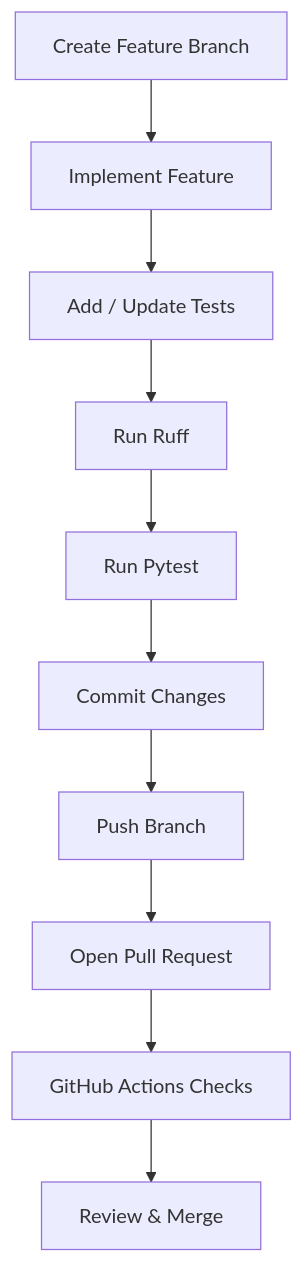
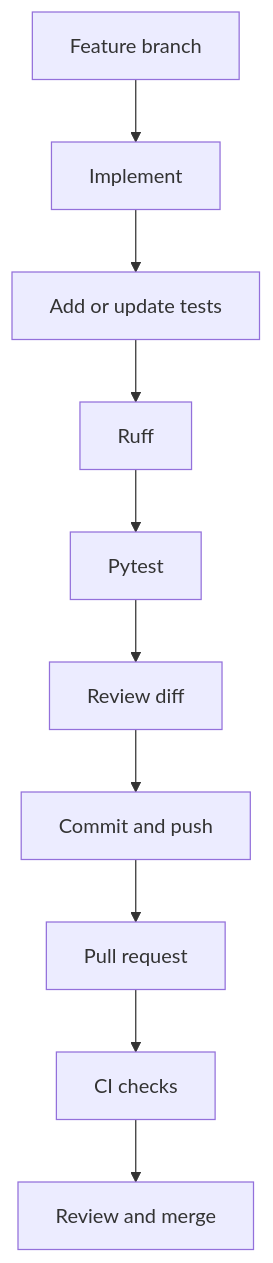
The sixth of 6 diagrams in README.md (AMAN-AJWA-FATIMA/Backend), drawn with Mermaid before and after one commit. The commit also changed other lines of this file and 5 other files, not shown here.

````diff
--- a/README.md
+++ b/README.md
@@ -937,12 +733,12 @@
 ```mermaid
 flowchart TD
-    A["Create Feature Branch"] --> B["Implement Feature"]
-    B --> C["Add / Update Tests"]
-    C --> D["Run Ruff"]
-    D --> E["Run Pytest"]
-    E --> F["Commit Changes"]
-    F --> G["Push Branch"]
-    G --> H["Open Pull Request"]
-    H --> I["GitHub Actions Checks"]
-    I --> J["Review & Merge"]
+    A[Feature branch] --> B[Implement]
+    B --> C[Add or update tests]
+    C --> D[Ruff]
+    D --> E[Pytest]
+    E --> F[Review diff]
+    F --> G[Commit and push]
+    G --> H[Pull request]
+    H --> I[CI checks]
+    I --> J[Review and merge]
 ```
````
